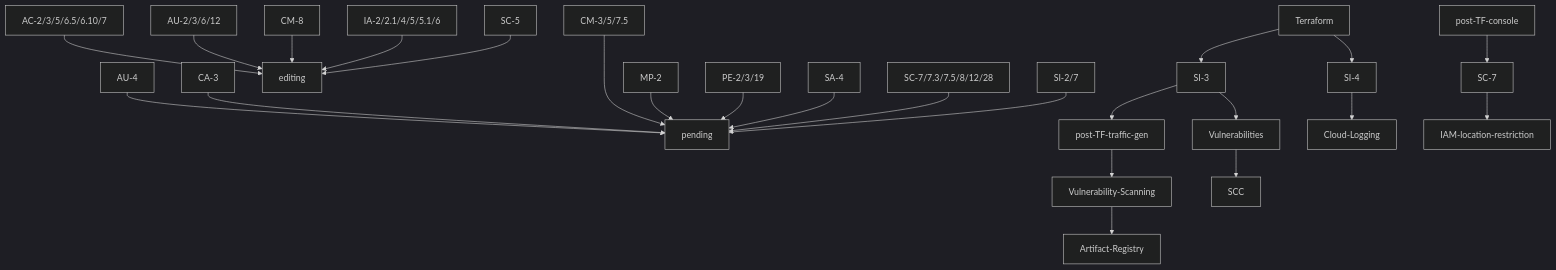
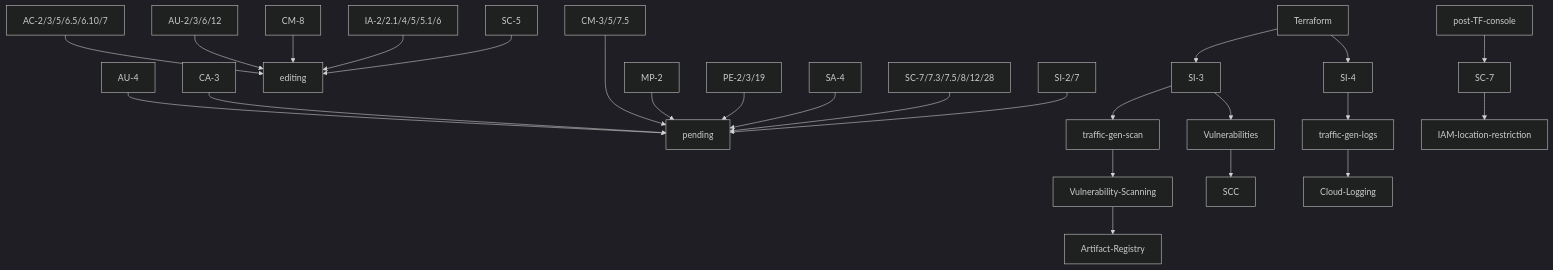
Before and after one commit to GoogleCloudPlatform/pbmm-on-gcp-onboarding: the diagram in docs/google-cloud-security-controls.md, drawn with Mermaid (dark theme). The commit also changed other lines of this file, not shown here.

Commit message:
#2 - secops controls - traffic generation

````diff
--- a/docs/google-cloud-security-controls.md
+++ b/docs/google-cloud-security-controls.md
@@ -5,36 +5,37 @@
 ```mermaid
 graph TD;
     AU-4-->pending;
     CA-3-->pending;
     CM-3/5/7.5--->pending;
     
     AC-2/3/5/6.5/6.10/7-->editing;
 
     AU-2/3/6/12-->editing;
 
     CM-8-->editing;
 
     IA-2/2.1/4/5/5.1/6-->editing;
     
     MP-2-->pending;
     PE-2/3/19-->pending;
     
     SA-4-->pending;
     SC-7/7.3/7.5/8/12/28-->pending;
     
     SC-5-->editing;
     
     SI-2/7-->pending;
     
     Terraform-->SI-3;
     Terraform-->SI-4;
-    SI-3-->post-TF-traffic-gen;
-    post-TF-traffic-gen-->Vulnerability-Scanning;
+    SI-3-->traffic-gen-scan;
+    traffic-gen-scan-->Vulnerability-Scanning;
     Vulnerability-Scanning-->Artifact-Registry;
     SI-3-->Vulnerabilities;
     Vulnerabilities-->SCC;
-    SI-4-->Cloud-Logging;
+    SI-4-->traffic-gen-logs;
+    traffic-gen-logs-->Cloud-Logging;
     post-TF-console-->SC-7;
     
     SC-7-->IAM-location-restriction;
 ```
````
